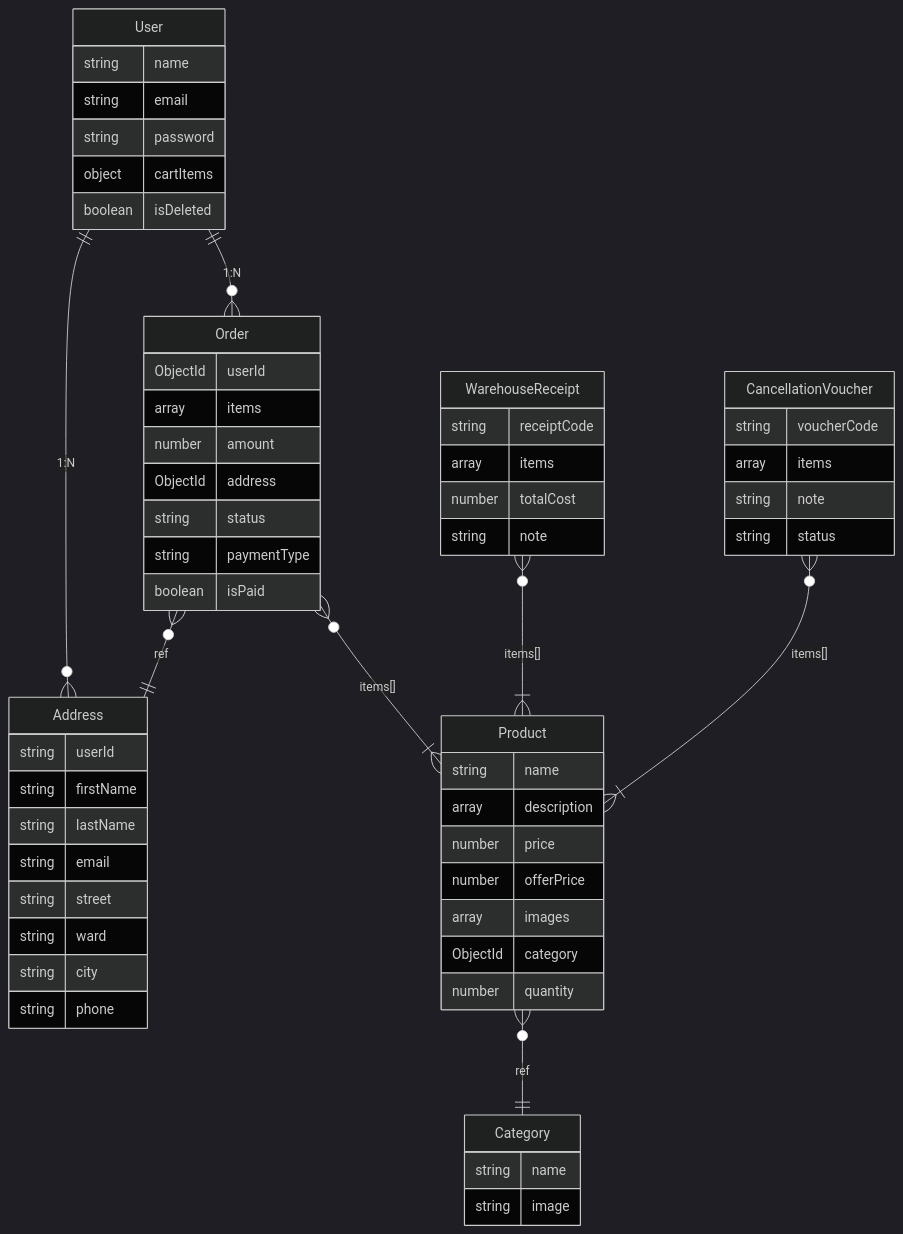
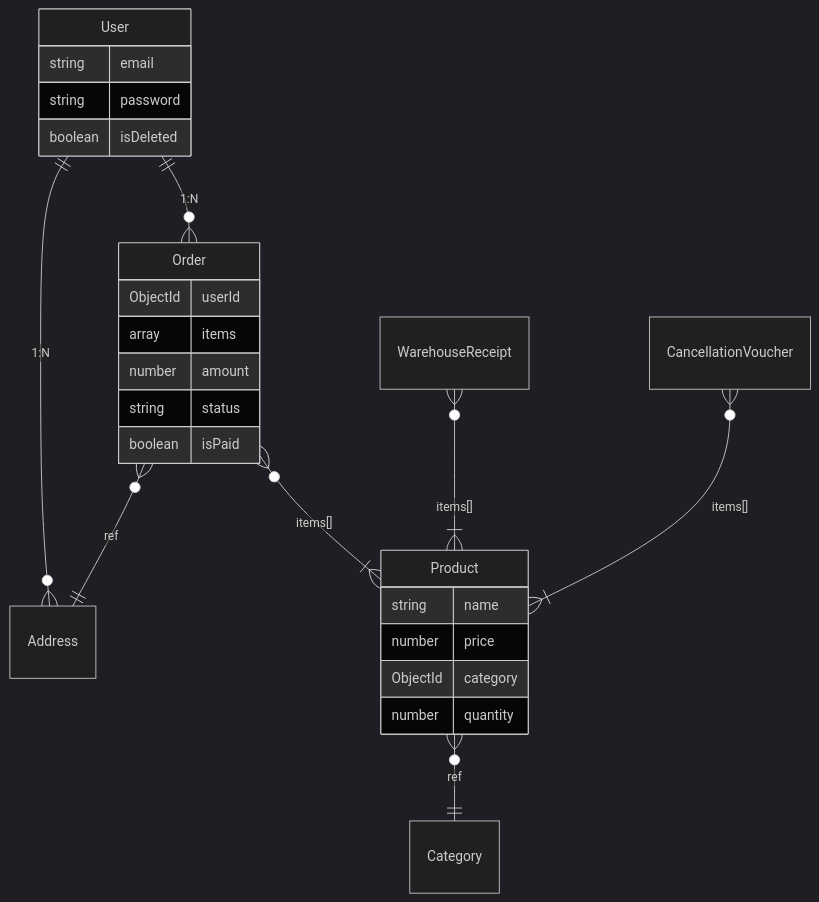
Before and after one commit to tkhanhsss/GreenCart: the diagram in README.md, drawn with Mermaid (dark theme). The commit also changed other lines of this file and 2 other files, not shown here.

````diff
--- a/README.md
+++ b/README.md
@@ -105,68 +78,29 @@
 ```mermaid
 erDiagram
     User ||--o{ Address : "1:N"
     User ||--o{ Order : "1:N"
     Order }o--|| Address : "ref"
     Order }o--|{ Product : "items[]"
     Product }o--|| Category : "ref"
     WarehouseReceipt }o--|{ Product : "items[]"
     CancellationVoucher }o--|{ Product : "items[]"
 
     User {
-        string name
         string email
         string password
-        object cartItems
         boolean isDeleted
     }
-
-    Address {
-        string userId
-        string firstName
-        string lastName
-        string email
-        string street
-        string ward
-        string city
-        string phone
-    }
-
     Product {
         string name
-        array description
         number price
-        number offerPrice
-        array images
         ObjectId category
         number quantity
     }
-
-    Category {
-        string name
-        string image
-    }
-
     Order {
         ObjectId userId
         array items
         number amount
-        ObjectId address
         string status
-        string paymentType
         boolean isPaid
     }
-
-    WarehouseReceipt {
-        string receiptCode
-        array items
-        number totalCost
-        string note
-    }
-
-    CancellationVoucher {
-        string voucherCode
-        array items
-        string note
-        string status
-    }
 ```
````
